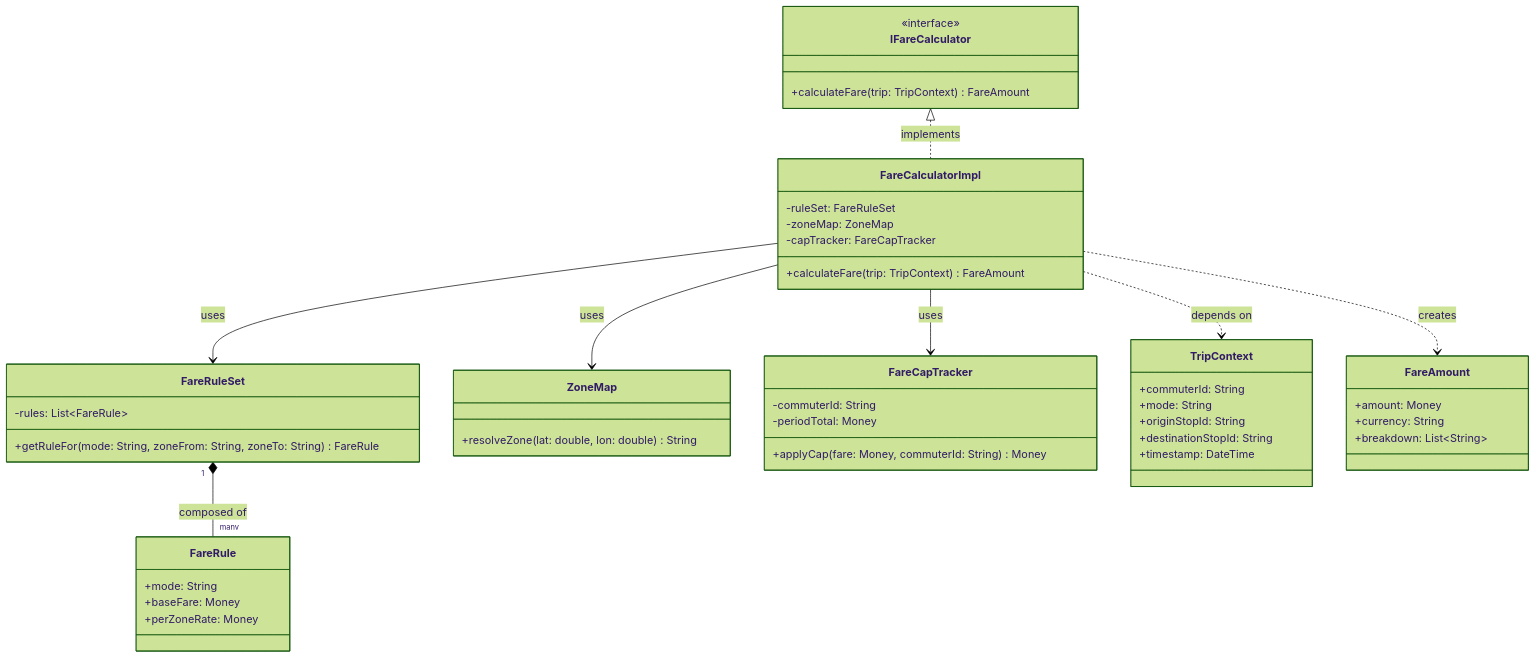
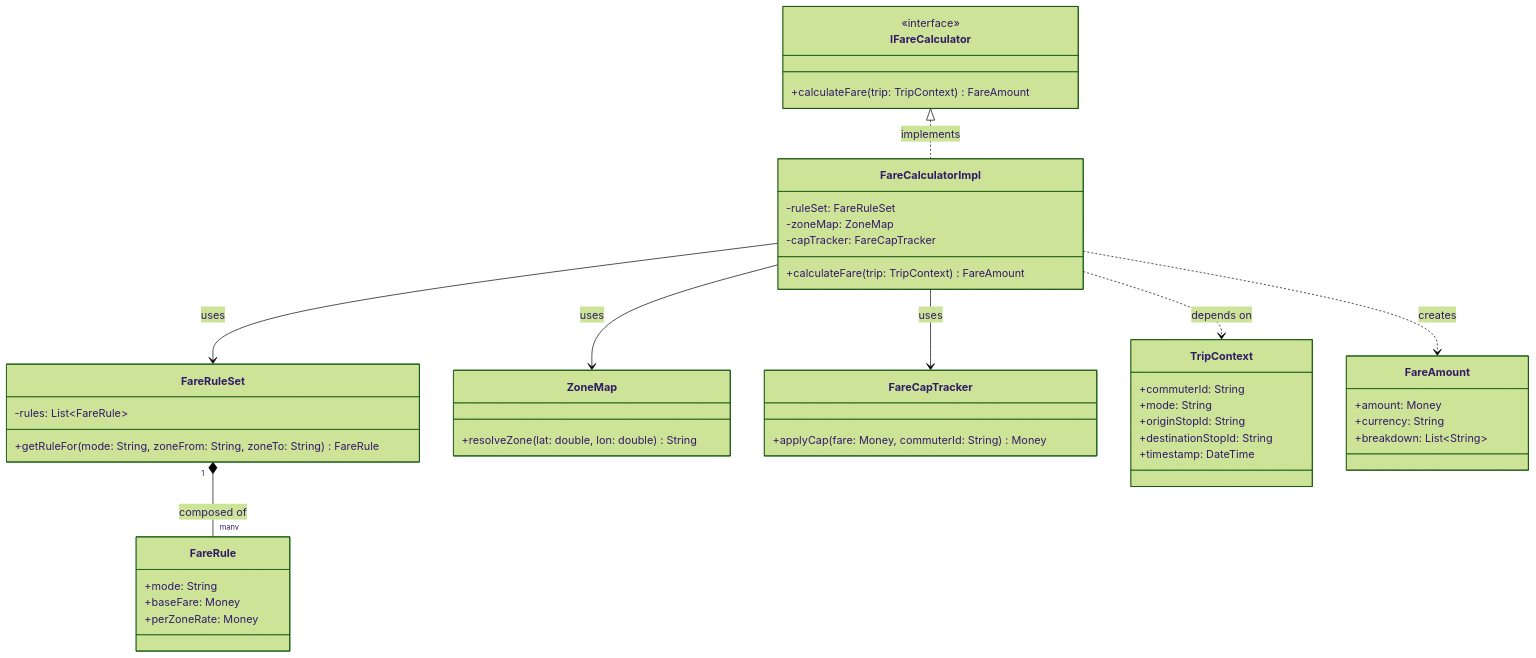
One commit to Malachi-H/SoftwareArchitectureDiagramsSource changed the diagram in 06_3.8-3.10_code-fare-calculator.mmd. Above: the diagram before and after it, drawn with Mermaid (forest theme). The commit also changed 2 other files, not shown here.

Commit message:
Updated C4 diagram like consistency with the doc

```diff
--- a/06_3.8-3.10_code-fare-calculator.mmd
+++ b/06_3.8-3.10_code-fare-calculator.mmd
@@ -1,48 +1,46 @@
 classDiagram
     class IFareCalculator {
         <<interface>>
         +calculateFare(trip: TripContext) FareAmount
     }
     class FareCalculatorImpl {
         -ruleSet: FareRuleSet
         -zoneMap: ZoneMap
         -capTracker: FareCapTracker
         +calculateFare(trip: TripContext) FareAmount
     }
     class FareRuleSet {
         -rules: List~FareRule~
         +getRuleFor(mode: String, zoneFrom: String, zoneTo: String) FareRule
     }
     class FareRule {
         +mode: String
         +baseFare: Money
         +perZoneRate: Money
     }
     class ZoneMap {
         +resolveZone(lat: double, lon: double) String
     }
     class FareCapTracker {
-        -commuterId: String
-        -periodTotal: Money
         +applyCap(fare: Money, commuterId: String) Money
     }
     class TripContext {
         +commuterId: String
         +mode: String
         +originStopId: String
         +destinationStopId: String
         +timestamp: DateTime
     }
     class FareAmount {
         +amount: Money
         +currency: String
         +breakdown: List~String~
     }
 
     IFareCalculator <|.. FareCalculatorImpl : implements
     FareCalculatorImpl --> FareRuleSet : uses
     FareCalculatorImpl --> ZoneMap : uses
     FareCalculatorImpl --> FareCapTracker : uses
     FareCalculatorImpl ..> TripContext : depends on
     FareCalculatorImpl ..> FareAmount : creates
     FareRuleSet "1" *-- "many" FareRule : composed of
```
